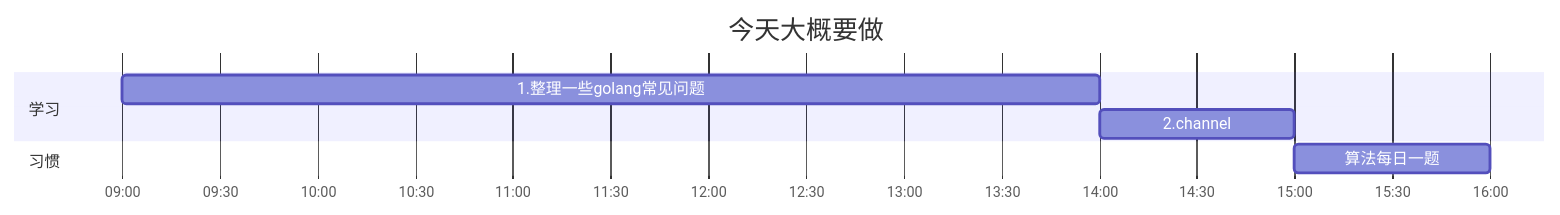
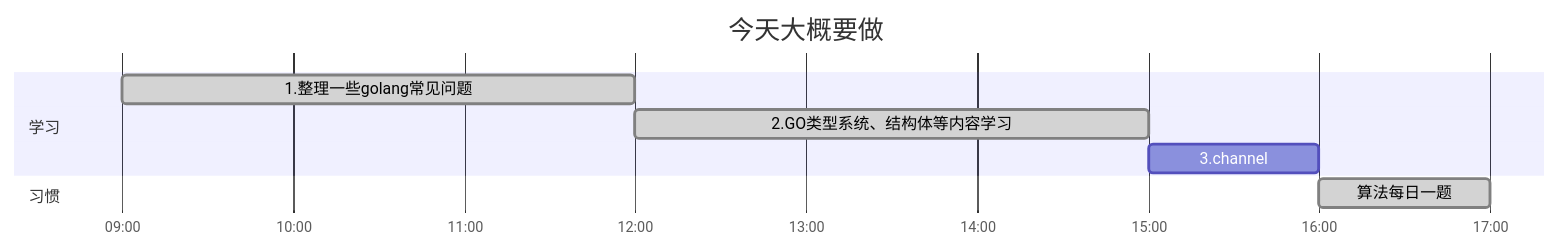
One commit to 904566722/904566722.github.io changed the diagram in 2023-05-18/index.md. Above: the diagram before and after it, drawn with Mermaid. The commit also changed other lines of this file and 204 other files, not shown here.

```diff
--- a/2023-05-18/index.md
+++ b/2023-05-18/index.md
@@ -8,13 +8,14 @@
 {{< mermaid >}}
 gantt
 dateFormat HH:mm
 axisFormat %H:%M
 tickInterval 1h
 title 今天大概要做
 
 section 学习
-	1.整理一些golang常见问题: 09:00, 5h
-	2.channel: 1h
+	1.整理一些golang常见问题:done, 09:00, 3h
+	2.GO类型系统、结构体等内容学习:done, 3h
+	3.channel: 1h
 section 习惯
-	算法每日一题: 1h
+	算法每日一题:done, 1h
 {{< /mermaid >}}
```
